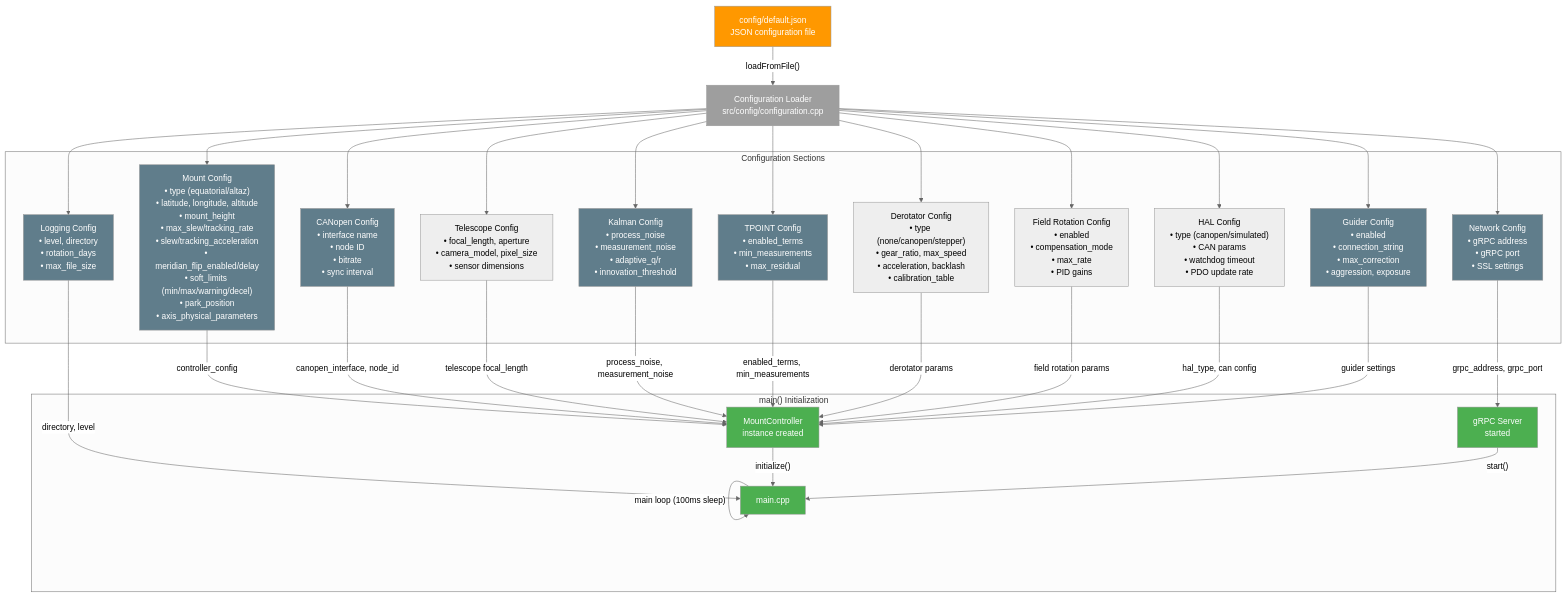
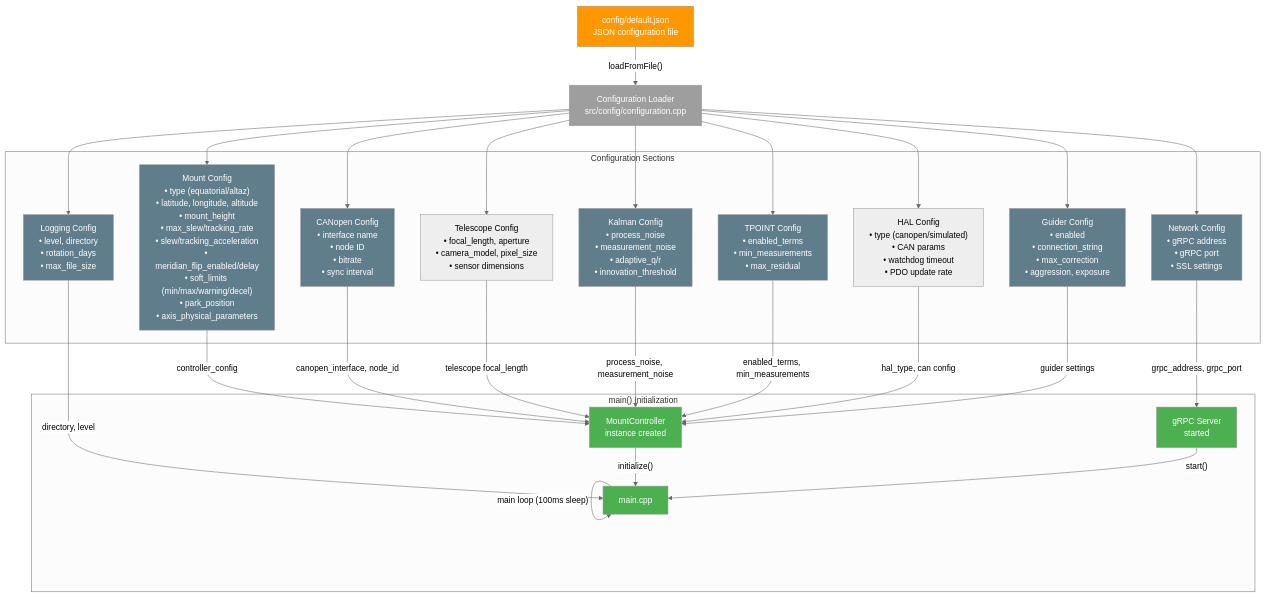
The eighth of 14 diagrams in docs/en/data_flow.md (pielaszkiewicz-jacek/astro_mount_control), drawn with Mermaid (neutral theme) before and after one commit. The commit also changed other lines of this file and 94 other files, not shown here.

````diff
--- a/docs/en/data_flow.md
+++ b/docs/en/data_flow.md
@@ -409,69 +408,63 @@
 ```mermaid
 flowchart TD
     FILE["config/default.json<br/>JSON configuration file"]
     
     CFG["Configuration Loader<br/>src/config/configuration.cpp"]
     
     subgraph ConfigSections["Configuration Sections"]
         MOUNT["Mount Config<br/>• type (equatorial/altaz)<br/>• latitude, longitude, altitude<br/>• mount_height<br/>• max_slew/tracking_rate<br/>• slew/tracking_acceleration<br/>• meridian_flip_enabled/delay<br/>• soft_limits (min/max/warning/decel)<br/>• park_position<br/>• axis_physical_parameters"]
         CAN["CANopen Config<br/>• interface name<br/>• node ID<br/>• bitrate<br/>• sync interval"]
         TEL_CFG["Telescope Config<br/>• focal_length, aperture<br/>• camera_model, pixel_size<br/>• sensor dimensions"]
         KF_CFG["Kalman Config<br/>• process_noise<br/>• measurement_noise<br/>• adaptive_q/r<br/>• innovation_threshold"]
         TP_CFG["TPOINT Config<br/>• enabled_terms<br/>• min_measurements<br/>• max_residual"]
-        DEROT_CFG["Derotator Config<br/>• type (none/canopen/stepper)<br/>• gear_ratio, max_speed<br/>• acceleration, backlash<br/>• calibration_table"]
-        FR_CFG["Field Rotation Config<br/>• enabled<br/>• compensation_mode<br/>• max_rate<br/>• PID gains"]
         HAL_CFG["HAL Config<br/>• type (canopen/simulated)<br/>• CAN params<br/>• watchdog timeout<br/>• PDO update rate"]
         NET["Network Config<br/>• gRPC address<br/>• gRPC port<br/>• SSL settings"]
         GUID_CFG["Guider Config<br/>• enabled<br/>• connection_string<br/>• max_correction<br/>• aggression, exposure"]
         LOG_CFG["Logging Config<br/>• level, directory<br/>• rotation_days<br/>• max_file_size"]
     end
     
     subgraph MainInit["main() Initialization"]
         MAIN["main.cpp"]
         CONTROLLER["MountController<br/>instance created"]
         GRPC["gRPC Server<br/>started"]
     end
     
     FILE -->|"loadFromFile()"| CFG
     
     CFG --> MOUNT
     CFG --> CAN
     CFG --> TEL_CFG
     CFG --> KF_CFG
     CFG --> TP_CFG
-    CFG --> DEROT_CFG
-    CFG --> FR_CFG
     CFG --> HAL_CFG
     CFG --> NET
     CFG --> GUID_CFG
     CFG --> LOG_CFG
     
     MOUNT -->|"controller_config"| CONTROLLER
     CAN -->|"canopen_interface, node_id"| CONTROLLER
     TEL_CFG -->|"telescope focal_length"| CONTROLLER
     KF_CFG -->|"process_noise, measurement_noise"| CONTROLLER
     TP_CFG -->|"enabled_terms, min_measurements"| CONTROLLER
-    DEROT_CFG -->|"derotator params"| CONTROLLER
-    FR_CFG -->|"field rotation params"| CONTROLLER
     HAL_CFG -->|"hal_type, can config"| CONTROLLER
     GUID_CFG -->|"guider settings"| CONTROLLER
     NET -->|"grpc_address, grpc_port"| GRPC
     LOG_CFG -->|"directory, level"| MAIN
     
     CONTROLLER -->|"initialize()"| MAIN
     GRPC -->|"start()"| MAIN
     MAIN -->|"main loop (100ms sleep)"| MAIN
     
     style FILE fill:#FF9800,color:#fff
     style CFG fill:#9E9E9E,color:#fff
     style MOUNT fill:#607D8B,color:#fff
     style CAN fill:#607D8B,color:#fff
     style KF_CFG fill:#607D8B,color:#fff
     style TP_CFG fill:#607D8B,color:#fff
     style NET fill:#607D8B,color:#fff
     style GUID_CFG fill:#607D8B,color:#fff
     style LOG_CFG fill:#607D8B,color:#fff
     style MAIN fill:#4CAF50,color:#fff
     style CONTROLLER fill:#4CAF50,color:#fff
     style GRPC fill:#4CAF50,color:#fff
 ```
````
